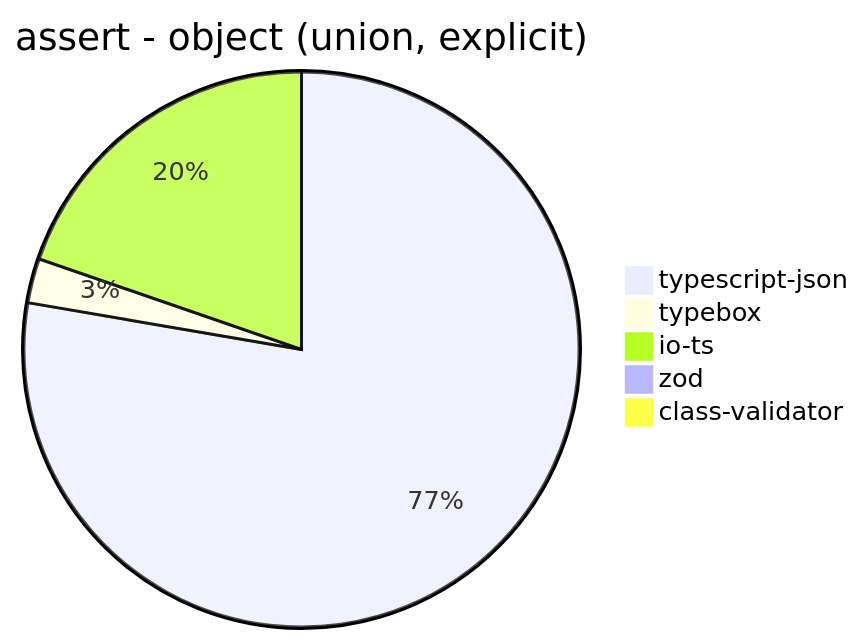
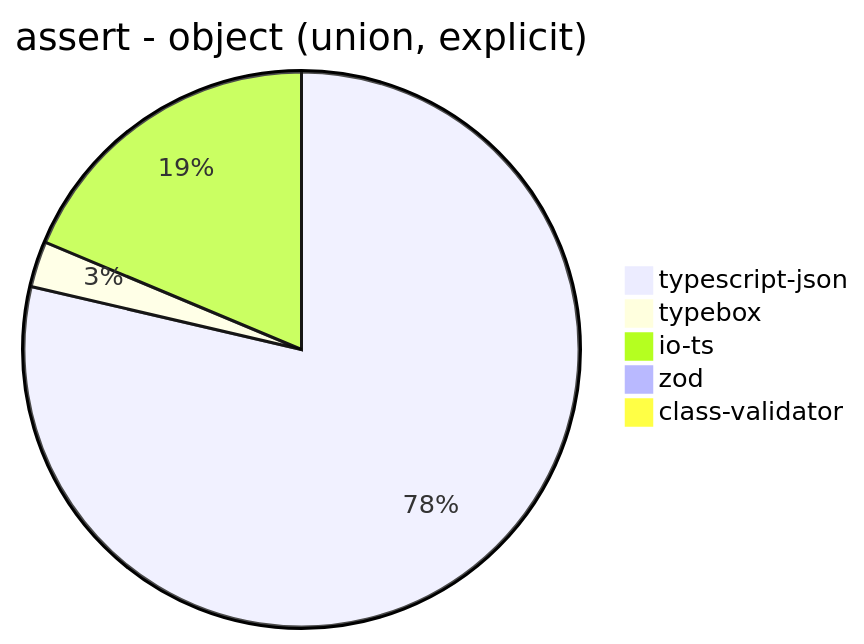
One commit to samchon/typia changed diagram 11 of 39 in benchmark/results/11th Gen Intel(R) Core(TM) i5-1135G7 @ 2.40GHz.md. Above: the diagram before and after it, drawn with Mermaid. The commit also changed other lines of this file and 6 other files, not shown here.

````diff
--- a/benchmark/results/11th Gen Intel(R) Core(TM) i5-1135G7 @ 2.40GHz.md
+++ b/benchmark/results/11th Gen Intel(R) Core(TM) i5-1135G7 @ 2.40GHz.md
@@ -146,8 +146,8 @@
 ```mermaid
 pie title assert - object (union, explicit)
-  "typescript-json": 4308.766770814189
-  "typebox": 143.59985657941914
-  "io-ts": 1092.998009770219
-  "zod": 32.08152481600302
-  "class-validator": 16.581872997927263
+  "typescript-json": 4397.815623843021
+  "typebox": 149.18243615653134
+  "io-ts": 1045.0254175744371
+  "zod": 32.826861752016505
+  "class-validator": 16.396497111980622
 ```
````
